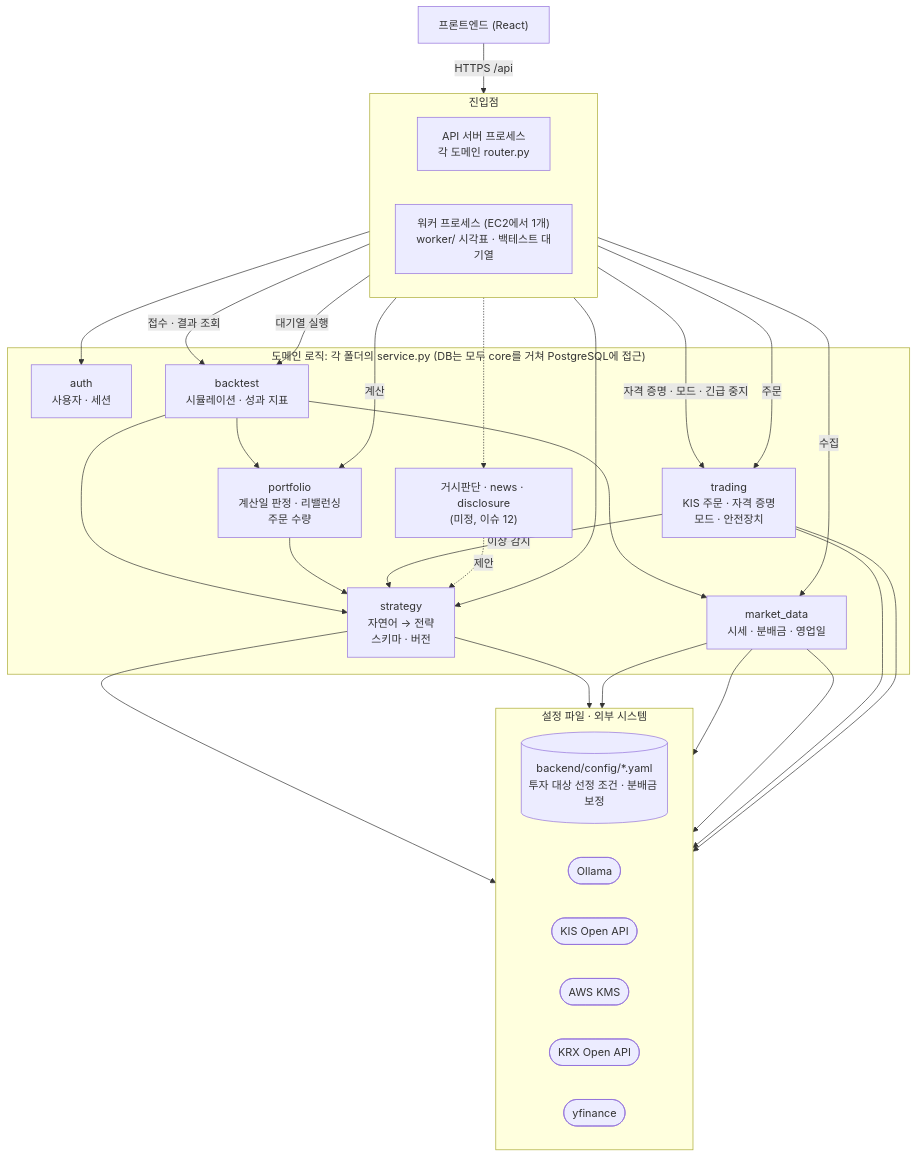
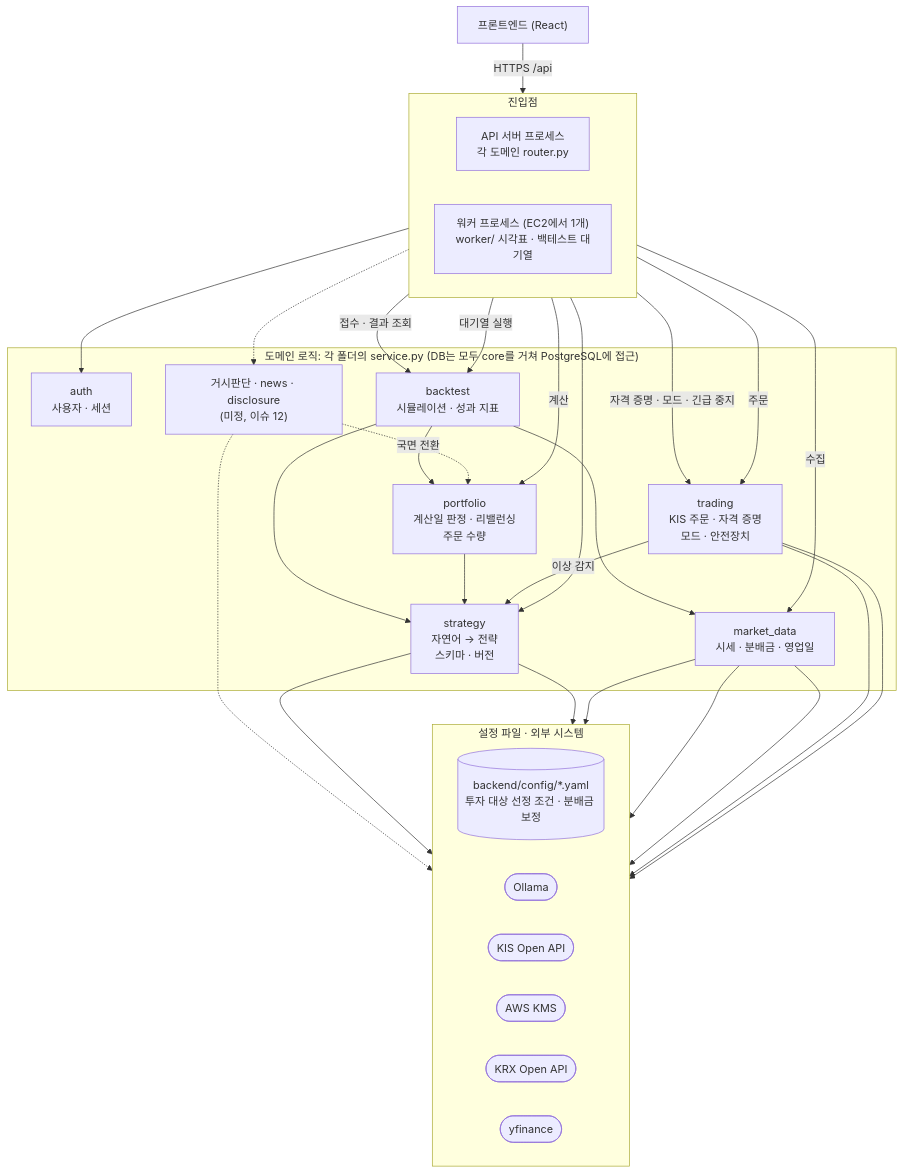
Before and after one commit to tukorea-capston-project/etf-rebalancing: the first of 3 diagrams in docs/architecture.md, drawn with Mermaid. The commit also changed other lines of this file and 11 other files, not shown here.

````diff
--- a/docs/architecture.md
+++ b/docs/architecture.md
@@ -91,56 +91,57 @@
 ```mermaid
 flowchart TB
     FE["프론트엔드 (React)"] -->|"HTTPS /api"| routers
 
     subgraph ENTRY["진입점"]
         direction LR
         routers["API 서버 프로세스<br/>각 도메인 router.py"]
         worker["워커 프로세스 (EC2에서 1개)<br/>worker/ 시각표 · 백테스트 대기열"]
     end
 
     subgraph DOM["도메인 로직: 각 폴더의 service.py (DB는 모두 core를 거쳐 PostgreSQL에 접근)"]
         auth["auth<br/>사용자 · 세션"]
         backtest["backtest<br/>시뮬레이션 · 성과 지표"]
         trading["trading<br/>KIS 주문 · 자격 증명<br/>모드 · 안전장치"]
         market["market_data<br/>시세 · 분배금 · 영업일"]
         macro["거시판단 · news · disclosure<br/>(미정, 이슈 12)"]
         portfolio["portfolio<br/>계산일 판정 · 리밸런싱<br/>주문 수량"]
         strategy["strategy<br/>자연어 → 전략<br/>스키마 · 버전"]
     end
 
     subgraph EXT["설정 파일 · 외부 시스템"]
         direction LR
         cfg[("backend/config/*.yaml<br/>투자 대상 선정 조건 · 분배금 보정")]
         ollama(["Ollama"])
         kis(["KIS Open API"])
         kms(["AWS KMS"])
         krx(["KRX Open API"])
         yf(["yfinance"])
     end
 
     routers --> auth
     routers --> strategy
     routers -->|"접수 · 결과 조회"| backtest
     routers -->|"자격 증명 · 모드 · 긴급 중지"| trading
 
     worker -->|"수집"| market
     worker -->|"계산"| portfolio
     worker -->|"주문"| trading
     worker -->|"대기열 실행"| backtest
     worker -.-> macro
 
     backtest --> portfolio
     backtest --> market
     backtest --> strategy
     portfolio --> strategy
     trading -->|"이상 감지"| strategy
-    macro -.->|"제안"| strategy
+    macro -.->|"국면 전환"| portfolio
+    macro -.-> ollama
 
     strategy --> ollama
     strategy --> cfg
     market --> cfg
     market --> krx
     market --> yf
     trading --> kis
     trading --> kms
 ```
````
